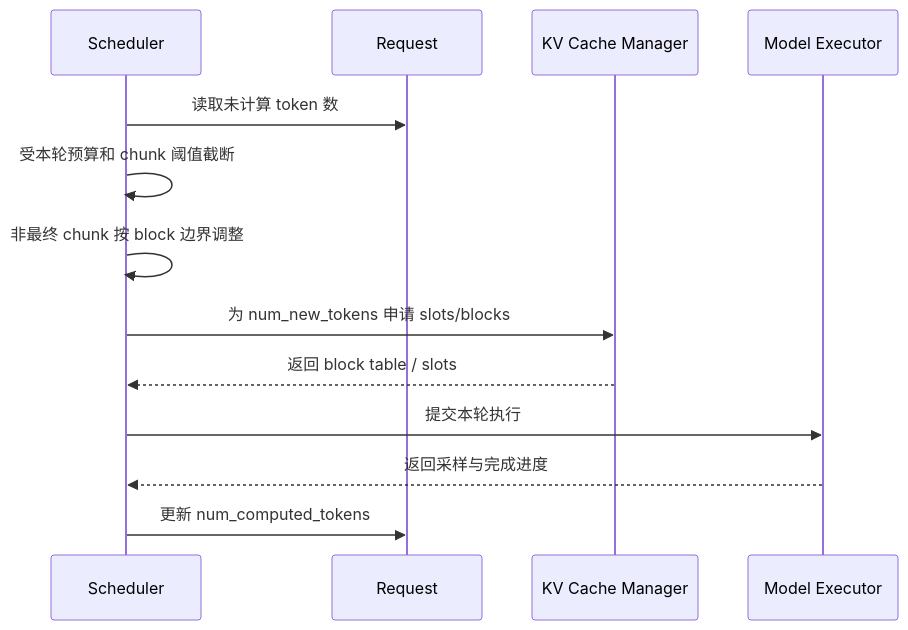
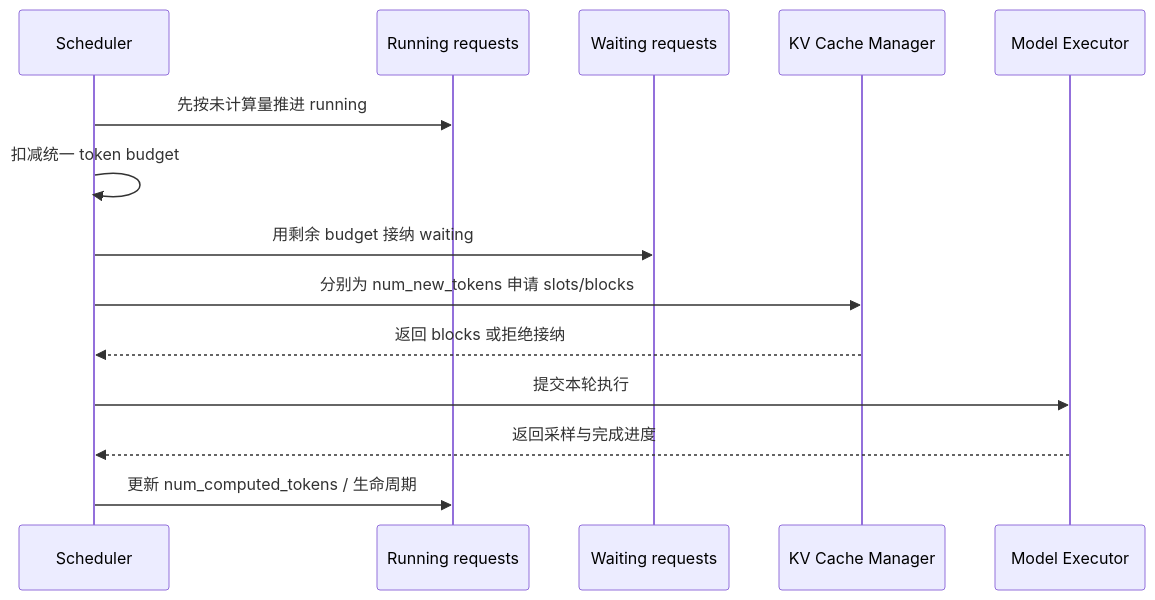
Before and after one commit to Asher-XunZhang/ai-infra-wiki: the second of 2 diagrams in vllm/vLLM Chunked Prefill 与 Block Size 学习文档.md, drawn with Mermaid. The commit also changed other lines of this file and 8 other files, not shown here.

````diff
--- a/vllm/vLLM Chunked Prefill 与 Block Size 学习文档.md
+++ b/vllm/vLLM Chunked Prefill 与 Block Size 学习文档.md
@@ -216,16 +236,17 @@
 ```mermaid
 sequenceDiagram
     participant S as Scheduler
-    participant R as Request
+    participant R as Running requests
+    participant W as Waiting requests
     participant K as KV Cache Manager
     participant E as Model Executor
 
-    S->>R: 读取未计算 token 数
-    S->>S: 受本轮预算和 chunk 阈值截断
-    S->>S: 非最终 chunk 按 block 边界调整
-    S->>K: 为 num_new_tokens 申请 slots/blocks
-    K-->>S: 返回 block table / slots
+    S->>R: 先按未计算量推进 running
+    S->>S: 扣减统一 token budget
+    S->>W: 用剩余 budget 接纳 waiting
+    S->>K: 分别为 num_new_tokens 申请 slots/blocks
+    K-->>S: 返回 blocks 或拒绝接纳
     S->>E: 提交本轮执行
     E-->>S: 返回采样与完成进度
-    S->>R: 更新 num_computed_tokens
+    S->>R: 更新 num_computed_tokens / 生命周期
 ```
````
